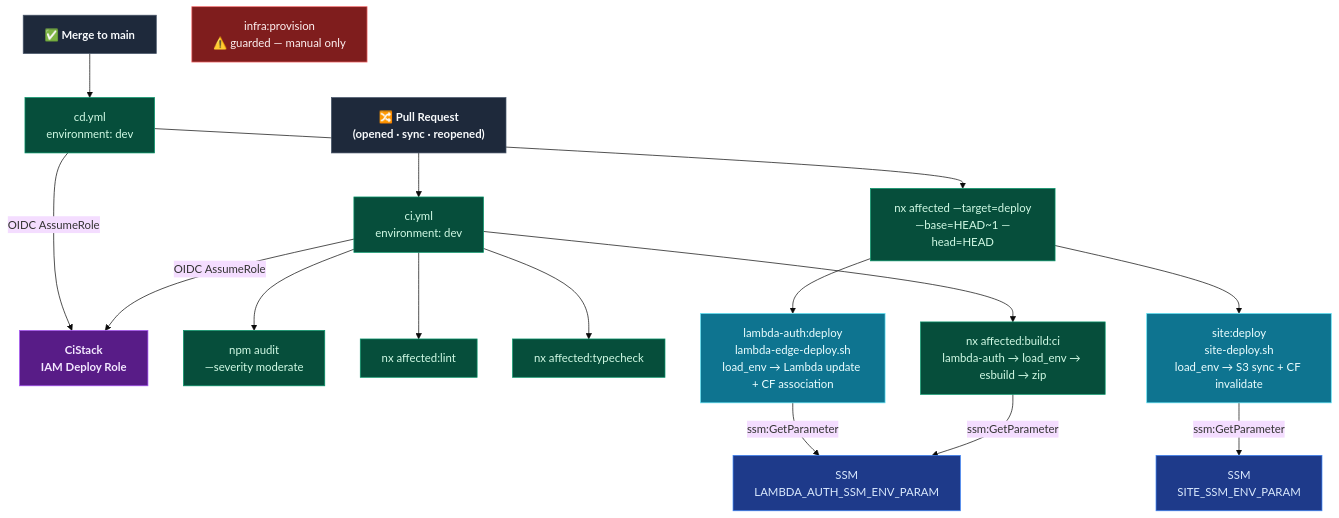
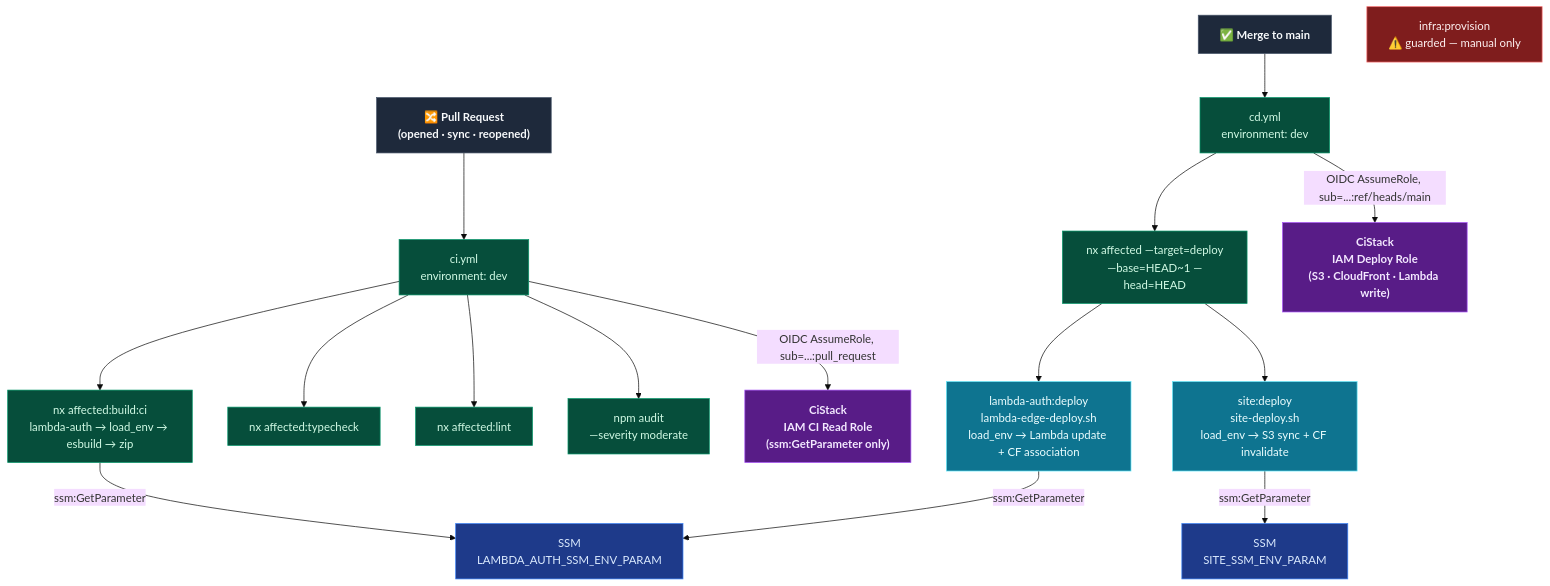
Before and after one commit to DataArt/adlc-discovery-tool: the diagram in docs/Engineering Guide/Infrastructure/03 CI-CD Pipeline.md, drawn with Mermaid (base theme). The commit also changed other lines of this file and 5 other files, not shown here.

First line of the commit message:
fix(infra): split PR-trusted CI role from deploy role to scope AWS access

````diff
--- a/docs/Engineering Guide/Infrastructure/03 CI-CD Pipeline.md
+++ b/docs/Engineering Guide/Infrastructure/03 CI-CD Pipeline.md
@@ -17,27 +19,28 @@
 ```mermaid
 flowchart TD
     classDef gh      fill:#1e293b,stroke:#475569,color:#f8fafc,font-weight:bold
     classDef action  fill:#064e3b,stroke:#059669,color:#d1fae5
     classDef iam     fill:#581c87,stroke:#a855f7,color:#f3e8ff,font-weight:bold
     classDef ssm     fill:#1e3a8a,stroke:#3b82f6,color:#dbeafe
     classDef aws     fill:#0e7490,stroke:#67e8f9,color:#ecfeff
     classDef guarded fill:#7f1d1d,stroke:#f87171,color:#fef2f2
 
     PR["🔀 Pull Request\n(opened · sync · reopened)"]:::gh --> CI["ci.yml\nenvironment: dev"]:::action
     MERGE["✅ Merge to main"]:::gh --> CD["cd.yml\nenvironment: dev"]:::action
-    CI & CD -->|OIDC AssumeRole| ROLE["CiStack\nIAM Deploy Role"]:::iam
+    CI -->|OIDC AssumeRole, sub=...:pull_request| CIROLE["CiStack\nIAM CI Read Role\n(ssm:GetParameter only)"]:::iam
+    CD -->|OIDC AssumeRole, sub=...:ref/heads/main| ROLE["CiStack\nIAM Deploy Role\n(S3 · CloudFront · Lambda write)"]:::iam
 
     CI --> AUDIT["npm audit\n—severity moderate"]:::action
     CI --> LINT["nx affected:lint"]:::action
     CI --> TC["nx affected:typecheck"]:::action
     CI --> BUILD["nx affected:build:ci\nlambda-auth → load_env → esbuild → zip"]:::action
 
     CD --> DEPLOY["nx affected —target=deploy\n—base=HEAD~1 —head=HEAD"]:::action
     DEPLOY --> SITE["site:deploy\nsite-deploy.sh\nload_env → S3 sync + CF invalidate"]:::aws
     DEPLOY --> LAE["lambda-auth:deploy\nlambda-edge-deploy.sh\nload_env → Lambda update + CF association"]:::aws
 
     BUILD & LAE -->|ssm:GetParameter| SSM_L["SSM\nLAMBDA_AUTH_SSM_ENV_PARAM"]:::ssm
     SITE -->|ssm:GetParameter| SSM_S["SSM\nSITE_SSM_ENV_PARAM"]:::ssm
 
     PROV["infra:provision\n⚠️ guarded — manual only"]:::guarded
 ```
````
